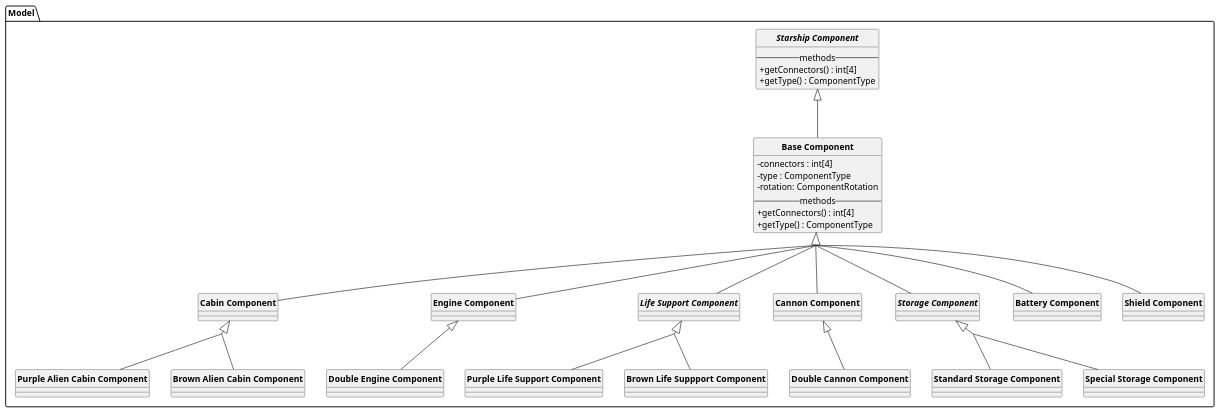
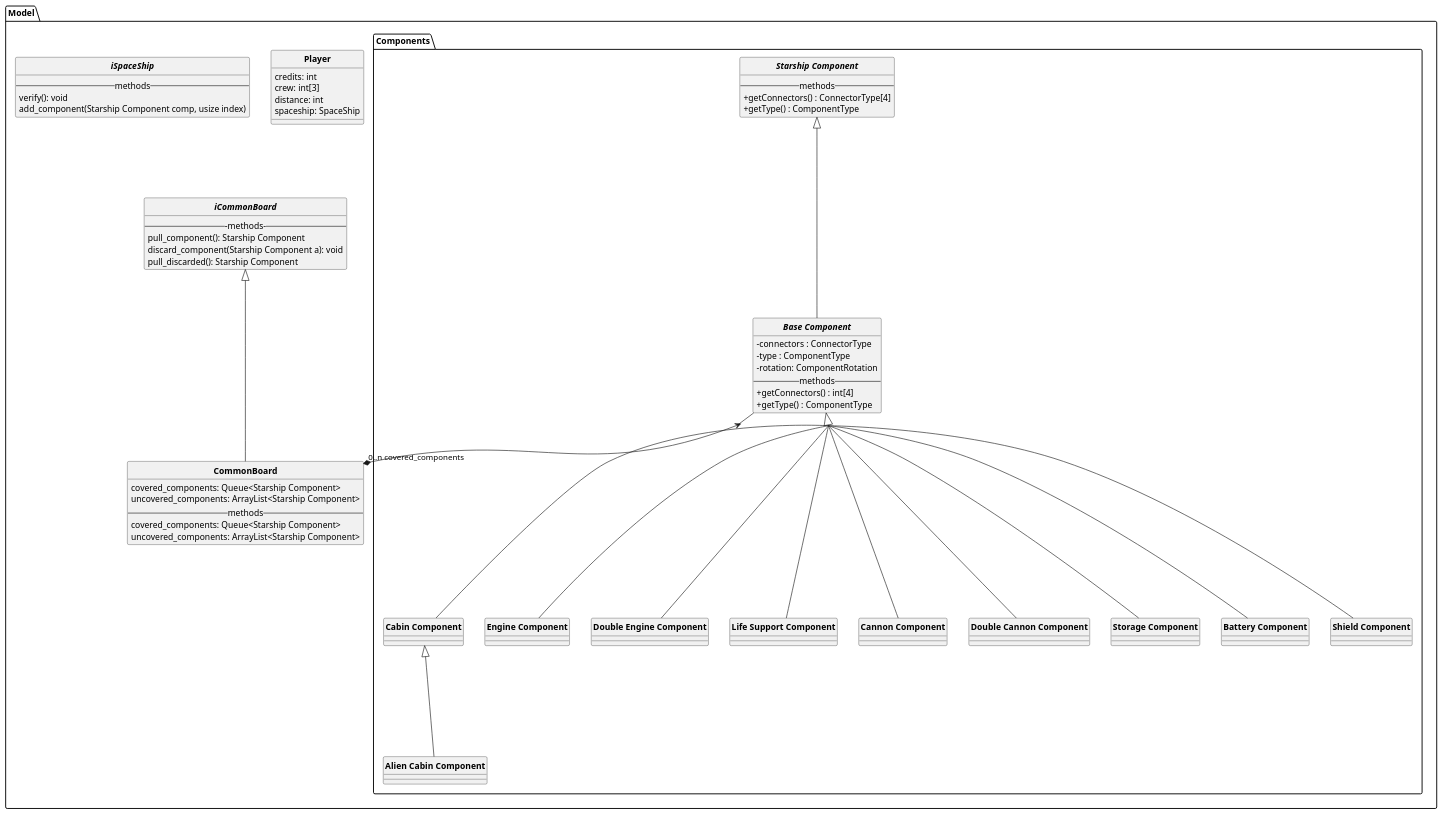
Before and after one commit to teoscura/ing-sw-2025-ponzo-romano-sarto-scuratti: the diagram in classdiagrams.puml, drawn with PlantUML.

Commit message:
begin uml

```diff
--- a/classdiagrams.puml
+++ b/classdiagrams.puml
@@ -1,87 +1,101 @@
 @startuml style
 ''Style config
 hide circle
 skinparam classFontStyle bold
 skinparam groupInheritance 2
 set separator ::
 skinparam classAttributeIconSize 0
+    
+class Model::Player{
+    {field} credits: int
+    {field} crew: int[3]
+    {field} distance: int
+    {field} spaceship: SpaceShip
+}
 
 ''Class declaration
-interface Model::iSC as "Starship Component"{
+interface Model::Components::iSC as "Starship Component"{
     --methods--
-    {method} +getConnectors() : int[4]
+    {method} +getConnectors() : ConnectorType[4]
     {method} +getType() : ComponentType
 }
 
-class Model::SC as "Base Component" {
-    {field} -connectors : int[4]
+abstract Model::Components::SC as "Base Component" {
+    {field} -connectors : ConnectorType
     {field} -type : ComponentType
     {field} -rotation: ComponentRotation
     --methods--
     {method} +getConnectors() : int[4]
     {method} +getType() : ComponentType
 }
 
-class Model::CBC as "Cabin Component" {
+class Model::Components::CBC as "Cabin Component" {
 }
 
-class Model::PCC as "Purple Alien Cabin Component" {
+class Model::Components::ACC as "Alien Cabin Component" {
 }
 
-class Model::BCC as "Brown Alien Cabin Component" {
+class Model::Components::EC as "Engine Component" {
 }
 
-class Model::EC as "Engine Component" {
+class Model::Components::BEC as "Double Engine Component" {
 }
 
-class Model::BEC as "Double Engine Component" {
+class Model::Components::ASC as "Life Support Component" {
 }
 
-abstract Model::ASC as "Life Support Component" {
+class Model::Components::CNC as "Cannon Component"{
 }
 
-class Model::PLSC as "Purple Life Support Component" {
+class Model::Components::DAC as "Double Cannon Component" {
 }
 
-class Model::BLSC as "Brown Life Suppport Component" {
+class Model::Components::STC as "Storage Component" {
 }
 
-class Model::CNC as "Cannon Component"{
+class Model::Components::BC as "Battery Component" {
 }
 
-class Model::DAC as "Double Cannon Component" {
+class Model::Components::SHC as "Shield Component" {
 }
 
-abstract Model::STC as "Storage Component" {
+''Il mucchio di celle
+interface Model::iCommonBoard{
+    ---methods---
+    {method} pull_component(): Starship Component
+    {method} discard_component(Starship Component a): void
+    {method} pull_discarded(): Starship Component
 }
 
-class Model::STDSTC as "Standard Storage Component" {
+class Model::CommonBoard{
+    {field} covered_components: Queue<Starship Component>
+    {field} uncovered_components: ArrayList<Starship Component>
+    --methods--
+    {field} covered_components: Queue<Starship Component>
+    {field} uncovered_components: ArrayList<Starship Component>
 }
 
-class Model::SPCSTC as "Special Storage Component" {
-}
-
-class Model::BC as "Battery Component" {
-}
-
-class Model::SHC as "Shield Component" {
+interface Model::iSpaceShip{
+    --methods--
+    {method} verify(): void
+    {method} add_component(Starship Component comp, usize index)
 }
 
 ''Relations between classes
-iSC^--SC
-SC^--CBC
-CBC^--PCC
-CBC^--BCC
-SC^--EC
-EC^--BEC
-SC^--ASC
-ASC^--PLSC
-ASC^--BLSC
-SC^--CNC
-CNC^--Model::DAC
-SC^--BC
-SC^--STC
-STC^--Model::STDSTC
-STC^--Model::SPCSTC
-SC^--SHC
+Model::Components::iSC^----Model::Components::SC
+Model::Components::SC^----Model::Components::CBC
+Model::Components::CBC^----Model::Components::ACC
+Model::Components::SC^----Model::Components::EC
+Model::Components::SC^----Model::Components::BEC
+Model::Components::SC^----Model::Components::ASC
+Model::Components::SC^----Model::Components::CNC
+Model::Components::SC^----Model::Components::DAC
+Model::Components::SC^----Model::Components::BC
+Model::Components::SC^----Model::Components::STC
+Model::Components::SC^----Model::Components::SHC
+
+
+Model::iCommonBoard ^--- Model::CommonBoard
+Model::Components::SC <--* "0..n covered_components" Model::CommonBoard
+
 @enduml
```
